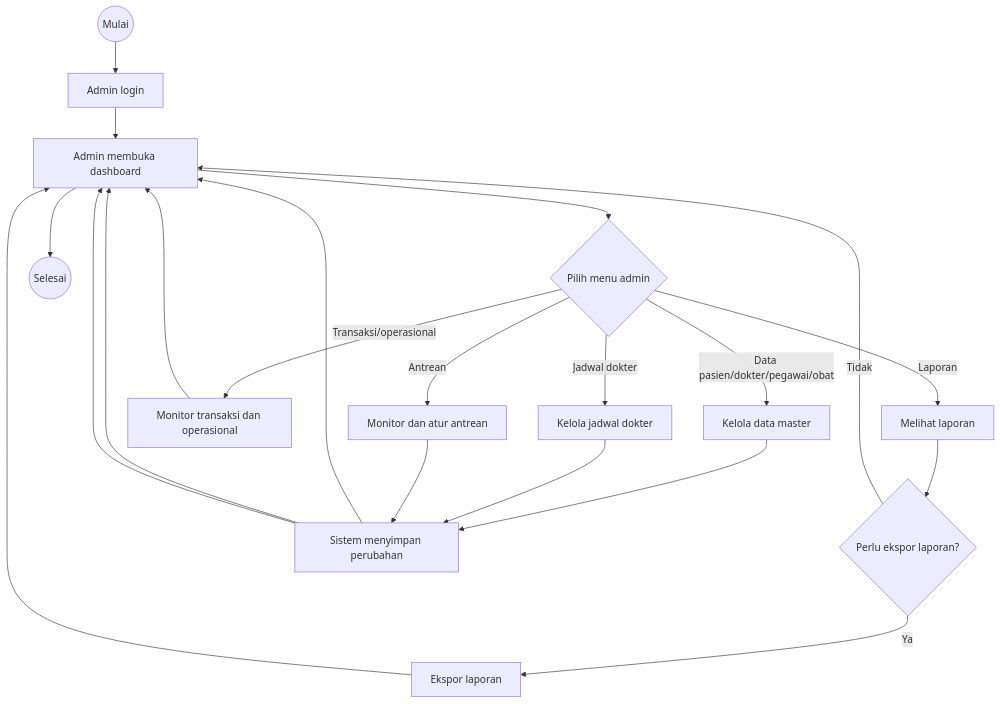
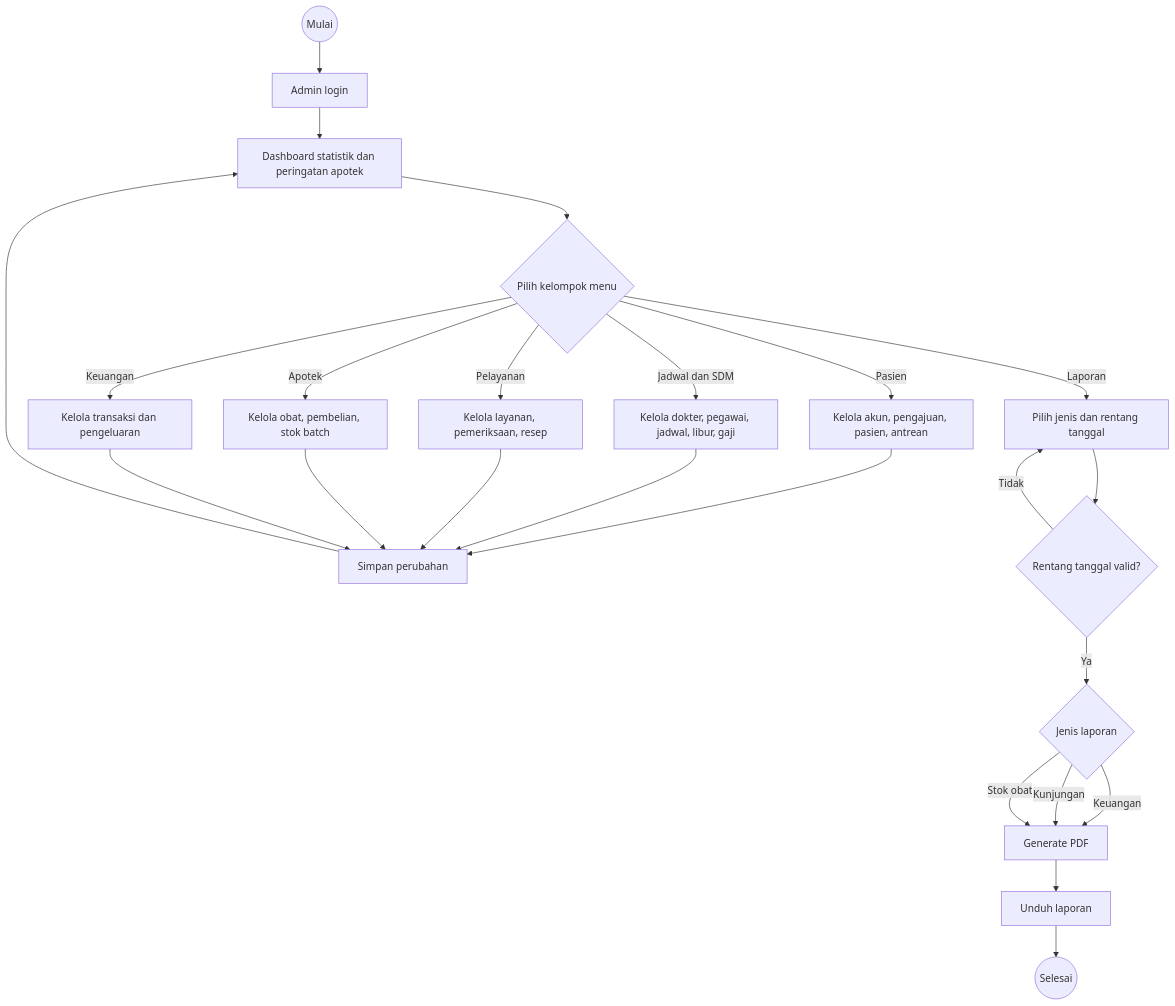
The seventh of 7 diagrams in dokumentasi/spesifikasi-proyek/activity-diagrams.md (Faathir81/Sistem-Informasi-Klinik), drawn with Mermaid before and after one commit. The commit also changed other lines of this file and 5 other files, not shown here.

Commit message:
docs: align project specifications and diagrams with current implementation

````diff
--- a/dokumentasi/spesifikasi-proyek/activity-diagrams.md
+++ b/dokumentasi/spesifikasi-proyek/activity-diagrams.md
@@ -143,26 +142,24 @@
 ```mermaid
 flowchart TD
-    start((Mulai))
-    login[Admin login]
-    dashboard[Admin membuka dashboard]
-    chooseMenu{Pilih menu admin}
-    master[Kelola data master]
-    schedule[Kelola jadwal dokter]
-    queue[Monitor dan atur antrean]
-    transaction[Monitor transaksi dan operasional]
-    report[Melihat laporan]
-    export{Perlu ekspor laporan?}
-    exportFile[Ekspor laporan]
-    save[Sistem menyimpan perubahan]
-    finish((Selesai))
-
-    start --> login --> dashboard --> chooseMenu
-    chooseMenu -- Data pasien/dokter/pegawai/obat --> master --> save --> dashboard
-    chooseMenu -- Jadwal dokter --> schedule --> save --> dashboard
-    chooseMenu -- Antrean --> queue --> save --> dashboard
-    chooseMenu -- Transaksi/operasional --> transaction --> dashboard
-    chooseMenu -- Laporan --> report --> export
-    export -- Ya --> exportFile --> dashboard
-    export -- Tidak --> dashboard
-    dashboard --> finish
+    start((Mulai)) --> login[Admin login]
+    login --> dashboard[Dashboard statistik dan peringatan apotek]
+    dashboard --> menu{Pilih kelompok menu}
+    menu -- Pasien --> patient[Kelola akun, pengajuan, pasien, antrean]
+    menu -- Jadwal dan SDM --> hr[Kelola dokter, pegawai, jadwal, libur, gaji]
+    menu -- Pelayanan --> medical[Kelola layanan, pemeriksaan, resep]
+    menu -- Apotek --> pharmacy[Kelola obat, pembelian, stok batch]
+    menu -- Keuangan --> finance[Kelola transaksi dan pengeluaran]
+    menu -- Laporan --> range[Pilih jenis dan rentang tanggal]
+    patient --> save[Simpan perubahan] --> dashboard
+    hr --> save
+    medical --> save
+    pharmacy --> save
+    finance --> save
+    range --> valid{Rentang tanggal valid?}
+    valid -- Tidak --> range
+    valid -- Ya --> type{Jenis laporan}
+    type -- Keuangan --> pdf[Generate PDF]
+    type -- Kunjungan --> pdf
+    type -- Stok obat --> pdf
+    pdf --> download[Unduh laporan] --> finish((Selesai))
 ```
````
